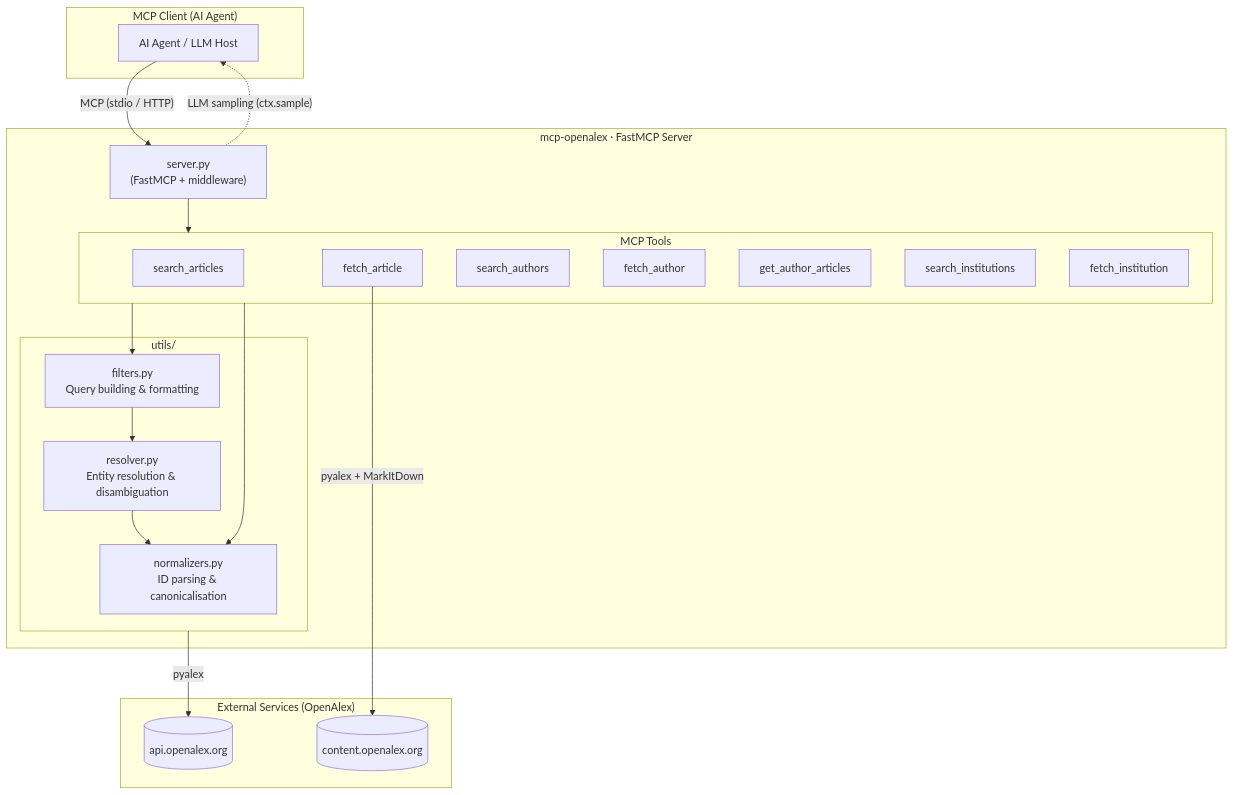
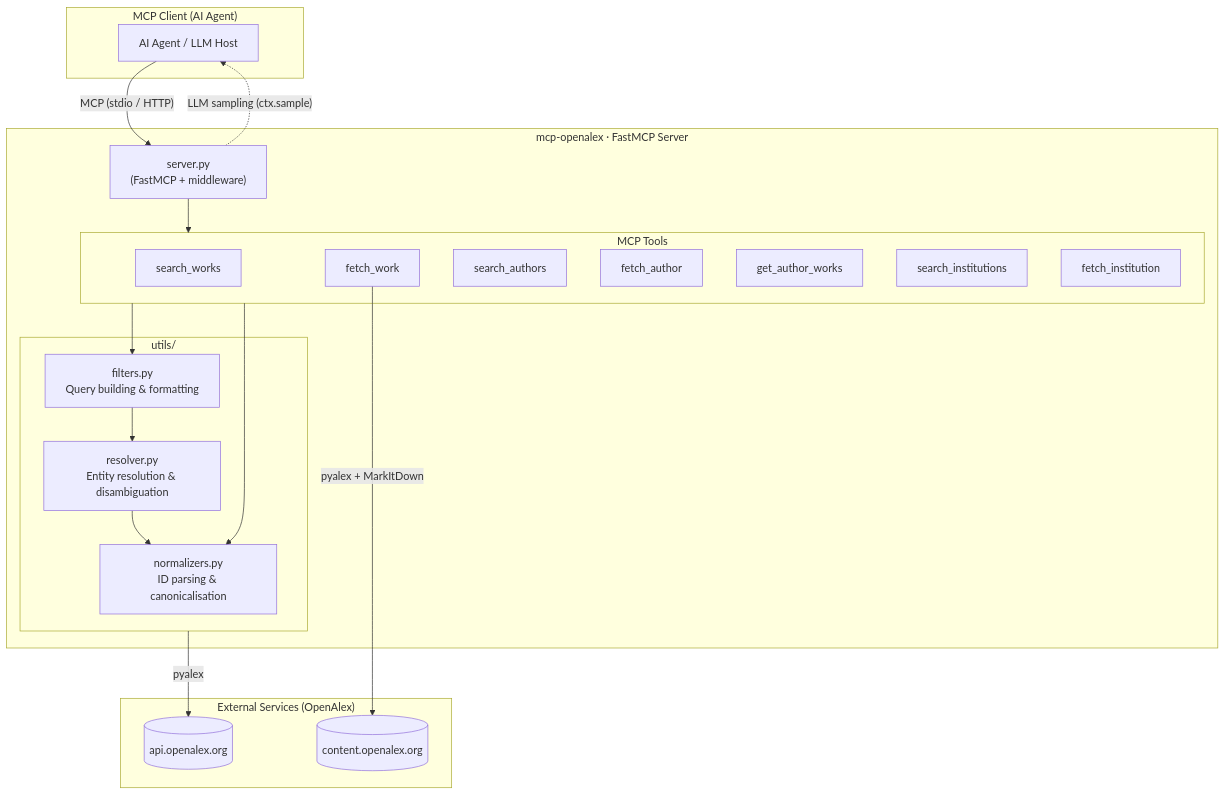
Before and after one commit to ELumya/openalex-mcp: the first of 4 diagrams in ARCHITECTURE.md, drawn with Mermaid. The commit also changed other lines of this file and 6 other files, not shown here.

````diff
--- a/ARCHITECTURE.md
+++ b/ARCHITECTURE.md
@@ -5,41 +5,41 @@
 ```mermaid
 flowchart TD
     subgraph Client["MCP Client (AI Agent)"]
         LLM[AI Agent / LLM Host]
     end
 
     subgraph Server["mcp-openalex  ·  FastMCP Server"]
         SRV["server.py\n(FastMCP + middleware)"]
 
         subgraph Tools["MCP Tools"]
-            T1[search_articles]
-            T2[fetch_article]
+            T1[search_works]
+            T2[fetch_work]
             T3[search_authors]
             T4[fetch_author]
-            T5[get_author_articles]
+            T5[get_author_works]
             T6[search_institutions]
             T7[fetch_institution]
         end
 
         subgraph Utils["utils/"]
             NORM[normalizers.py\nID parsing & canonicalisation]
             FILT[filters.py\nQuery building & formatting]
             RES[resolver.py\nEntity resolution & disambiguation]
         end
     end
 
     subgraph Ext["External Services (OpenAlex)"]
         OALEX[(api.openalex.org)]
         PDF[(content.openalex.org)]
     end
 
     LLM -->|"MCP (stdio / HTTP)"| SRV
     SRV --> Tools
     Tools --> NORM
     Tools --> FILT
     FILT --> RES
     RES --> NORM
     Utils -->|pyalex| OALEX
     T2 -->|"pyalex + MarkItDown"| PDF
     SRV -.->|"LLM sampling (ctx.sample)"| LLM
 ```
````
